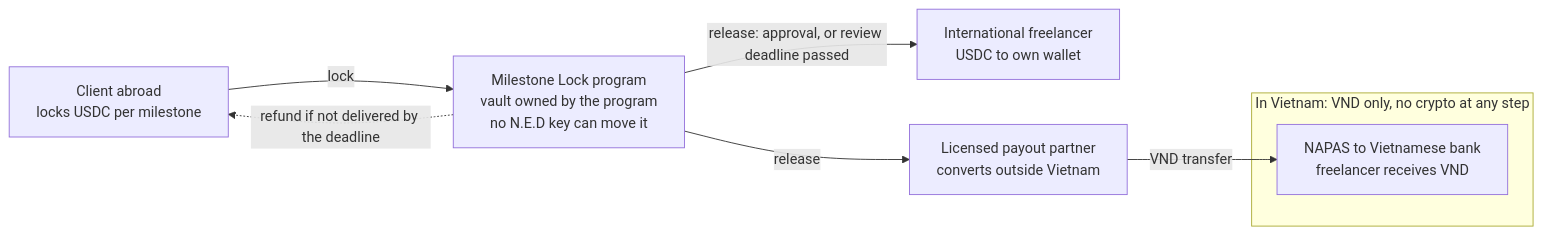
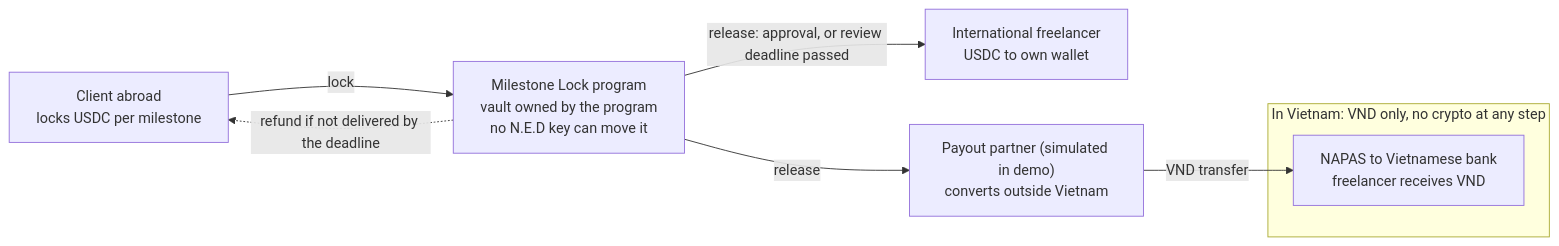
Before and after one commit to Tdat10052499/Unihackfest-2026: the diagram in docs/08-research/ned-research-and-compliance.md, drawn with Mermaid. The commit also changed other lines of this file and 1 other file, not shown here.

````diff
--- a/docs/08-research/ned-research-and-compliance.md
+++ b/docs/08-research/ned-research-and-compliance.md
@@ -46,11 +57,11 @@
 ```mermaid
 flowchart LR
   C["Client abroad<br/>locks USDC per milestone"] -->|lock| P["Milestone Lock program<br/>vault owned by the program<br/>no N.E.D key can move it"]
   P -->|"release: approval, or review deadline passed"| W["International freelancer<br/>USDC to own wallet"]
-  P -->|release| L["Licensed payout partner<br/>converts outside Vietnam"]
+  P -->|release| L["Payout partner (simulated in demo)<br/>converts outside Vietnam"]
   P -.->|"refund if not delivered by the deadline"| C
   subgraph VN["In Vietnam: VND only, no crypto at any step"]
     B["NAPAS to Vietnamese bank<br/>freelancer receives VND"]
   end
   L -->|VND transfer| B
 ```
````
